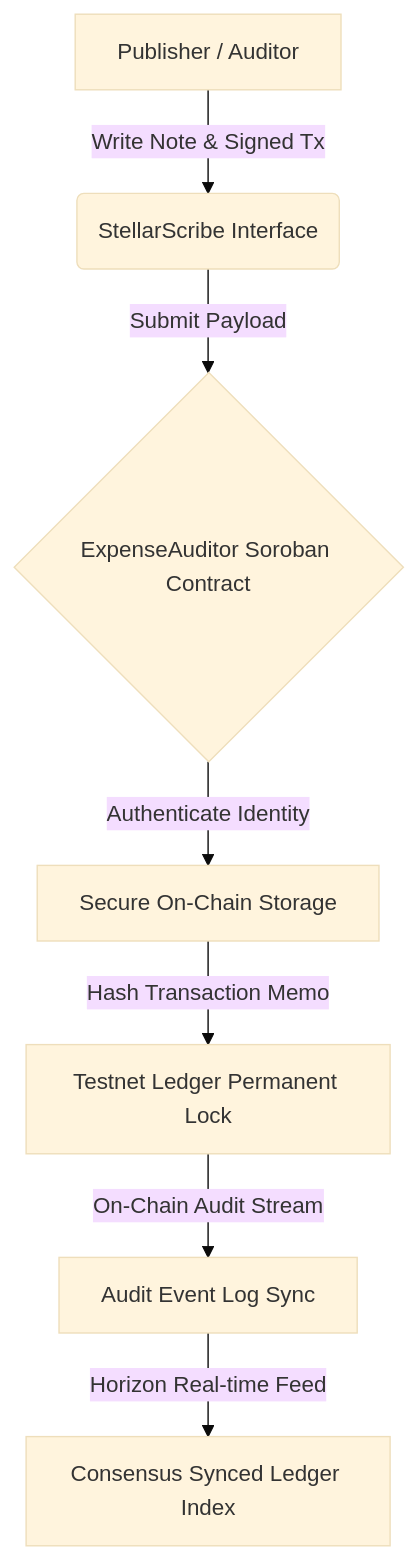
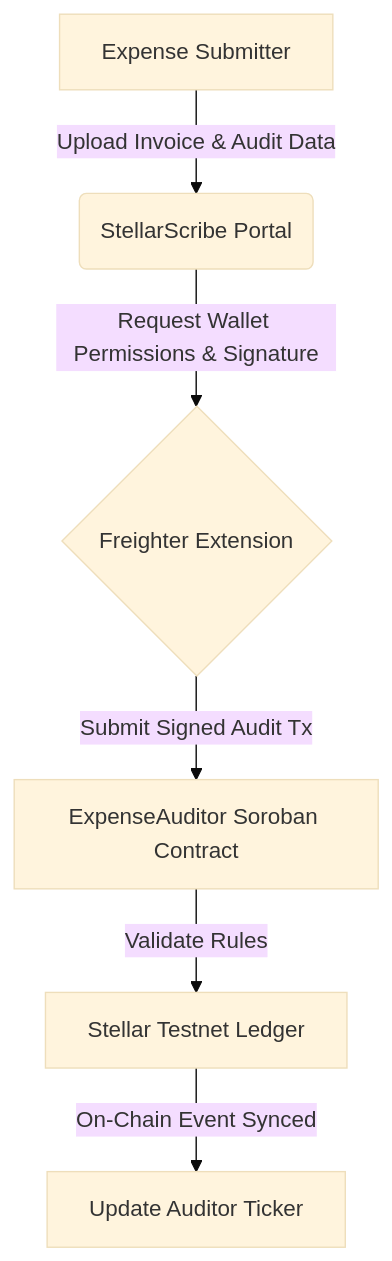
One commit to SudiptaSanki/BlockChainProjects changed the diagram in 15-stellarscribe/README.md. Above: the diagram before and after it, drawn with Mermaid (base theme). The commit also changed other lines of this file and 2 other files, not shown here.

Commit message:
fix(15-stellarscribe): explicitly execute setAllowed, requestAccess, getAddress, and unconditional signTransaction without bypass checks

````diff
--- a/15-stellarscribe/README.md
+++ b/15-stellarscribe/README.md
@@ -18,9 +22,8 @@
 ```mermaid
 graph TD
-    A[Publisher / Auditor] -->|Write Note & Signed Tx| B(StellarScribe Interface)
-    B -->|Submit Payload| C{ExpenseAuditor Soroban Contract}
-    C -->|Authenticate Identity| D[Secure On-Chain Storage]
-    D -->|Hash Transaction Memo| E[Testnet Ledger Permanent Lock]
-    E -->|On-Chain Audit Stream| F[Audit Event Log Sync]
-    F -->|Horizon Real-time Feed| G[Consensus Synced Ledger Index]
+    A[Expense Submitter] -->|Upload Invoice & Audit Data| B(StellarScribe Portal)
+    B -->|Request Wallet Permissions & Signature| C{Freighter Extension}
+    C -->|Submit Signed Audit Tx| D[ExpenseAuditor Soroban Contract]
+    D -->|Validate Rules| E[Stellar Testnet Ledger]
+    E -->|On-Chain Event Synced| F[Update Auditor Ticker]
 ```
````
